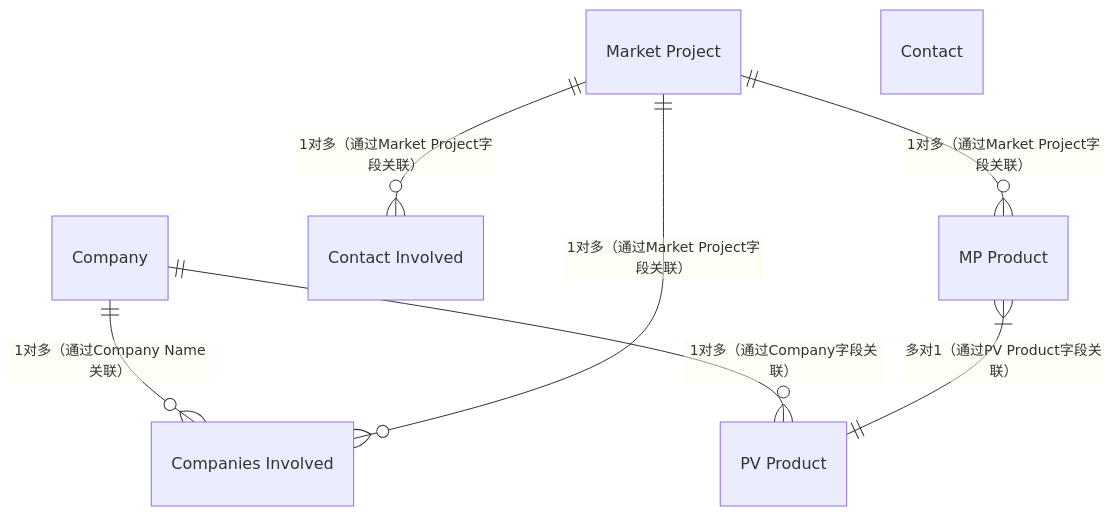
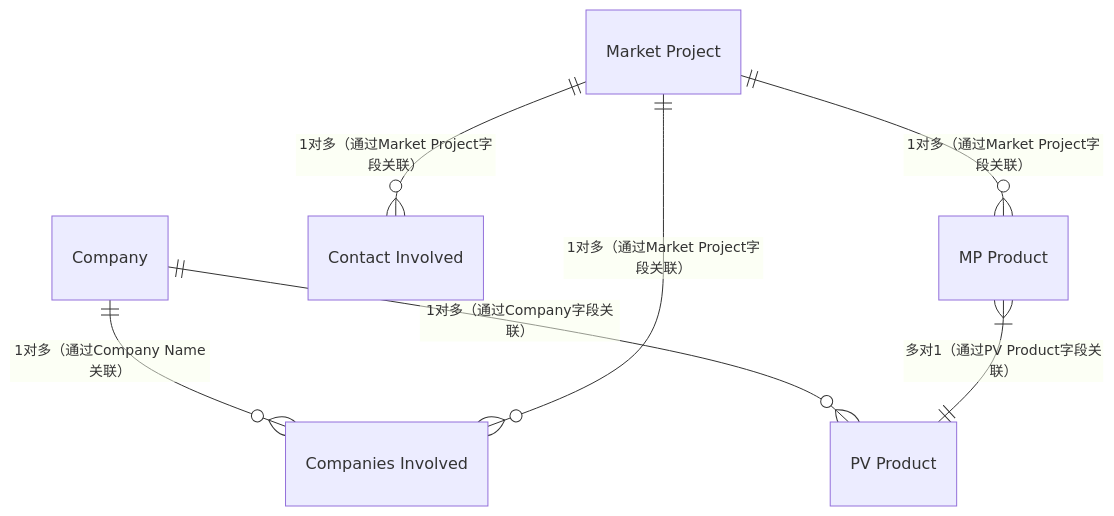
Before and after one commit to zhangziru-33/iodraw-files: the diagram in all/未命名.md, drawn with Mermaid.

Commit message:
2025-12-04 13:21:03 update

````diff
--- a/all/未命名.md
+++ b/all/未命名.md
@@ -1,11 +1,11 @@
 ```mermaid
+%% {init: {'theme': 'base', 'themeVariables': {'background': '#ffffff'}}}%%
 erDiagram
     Company ||--o{ "Companies Involved" : "1对多（通过Company Name关联）"
     Company ||--o{ "PV Product" : "1对多（通过Company字段关联）"
+    
     "Market Project" ||--o{ "Companies Involved" : "1对多（通过Market Project字段关联）"
     "Market Project" ||--o{ "Contact Involved" : "1对多（通过Market Project字段关联）"
     "Market Project" ||--o{ "MP Product" : "1对多（通过Market Project字段关联）"
     "MP Product" }|--|| "PV Product" : "多对1（通过PV Product字段关联）"
-    "Contact"
-    
 ```
````
